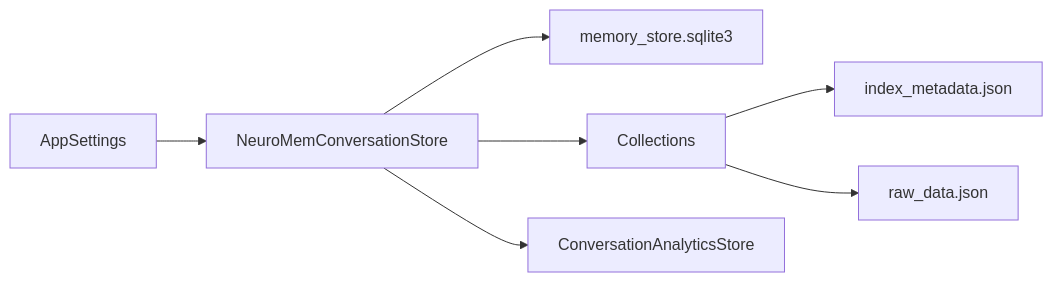
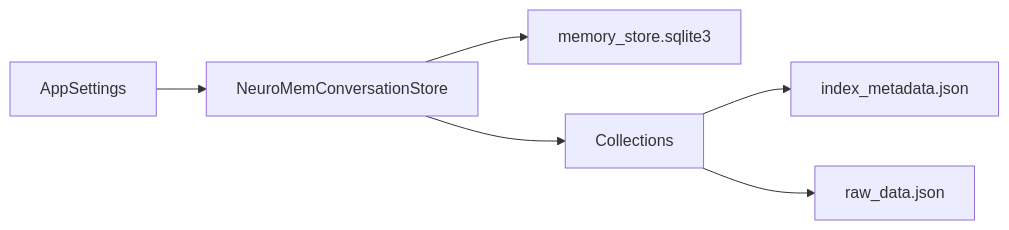
One commit to intellistream/sage-mate changed the seventh of 7 diagrams in .qoder/repowiki/en/content/Memory Systems/Memory Persistence and Storage.md. Above: the diagram before and after it, drawn with Mermaid. The commit also changed other lines of this file and 60 other files, not shown here.

````diff
--- a/.qoder/repowiki/en/content/Memory Systems/Memory Persistence and Storage.md
+++ b/.qoder/repowiki/en/content/Memory Systems/Memory Persistence and Storage.md
@@ -373,9 +347,8 @@
 ```mermaid
 graph LR
 Config["AppSettings"] --> Store["NeuroMemConversationStore"]
 Store --> SQLite["memory_store.sqlite3"]
 Store --> Collections["Collections"]
-Store --> Analytics["ConversationAnalyticsStore"]
 Collections --> IndexMeta["index_metadata.json"]
 Collections --> RawData["raw_data.json"]
 ```
````
